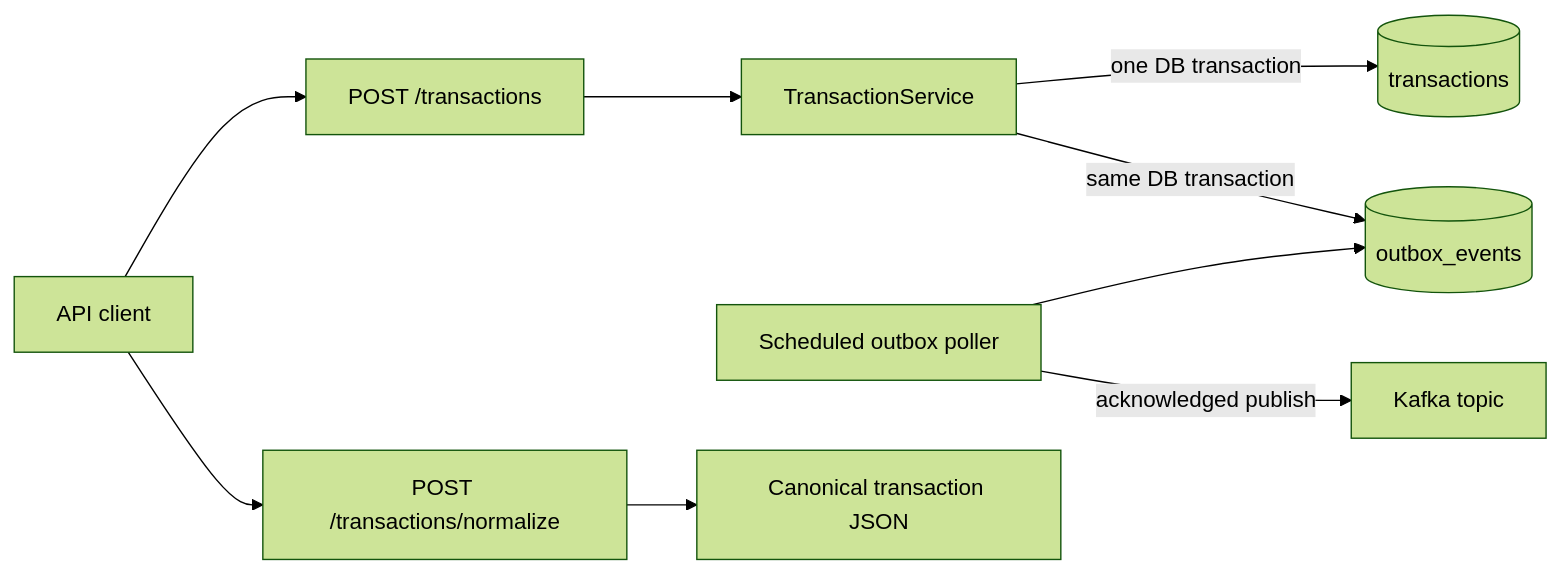
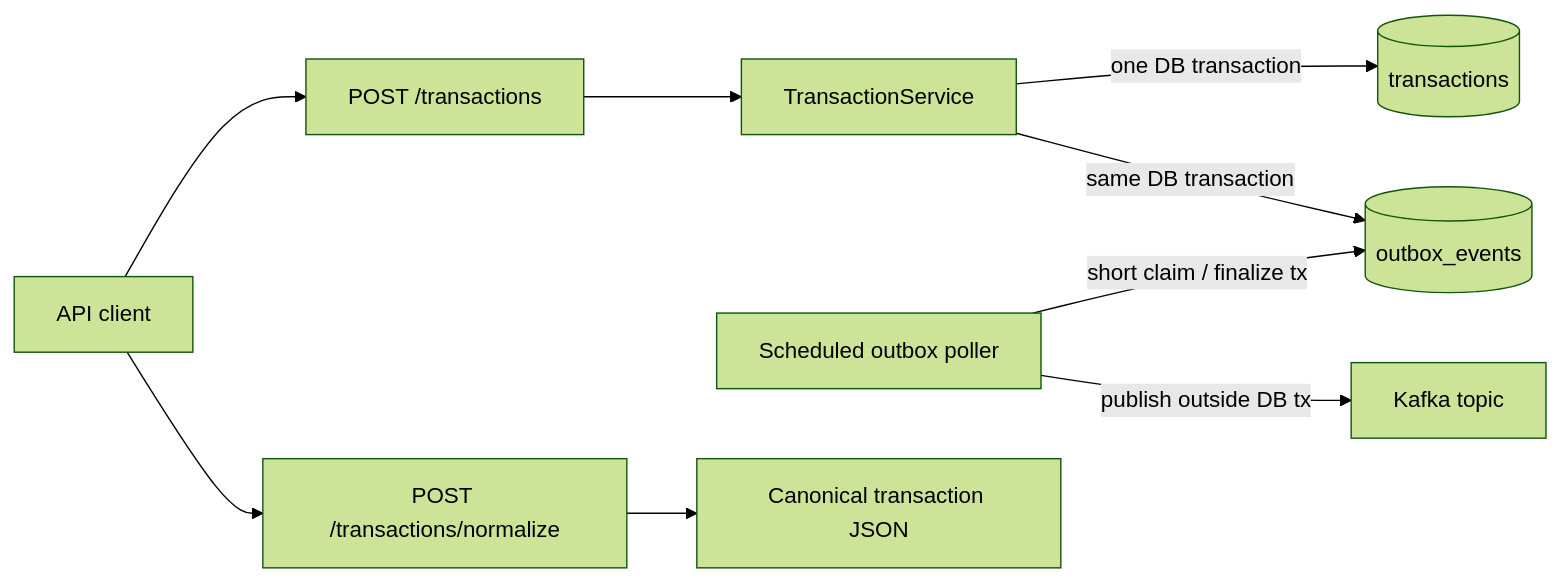
Before and after one commit to tarunngusain08/transaction-outbox-service: the diagram in README.md, drawn with Mermaid (forest theme). The commit also changed other lines of this file and 62 other files, not shown here.

````diff
--- a/README.md
+++ b/README.md
@@ -9,11 +9,11 @@
 ```mermaid
 flowchart LR
     client["API client"] --> create["POST /transactions"]
     create --> tx["TransactionService"]
     tx -->|"one DB transaction"| records[("transactions")]
     tx -->|"same DB transaction"| outbox[("outbox_events")]
-    poller["Scheduled outbox poller"] --> outbox
-    poller -->|"acknowledged publish"| kafka["Kafka topic"]
+    poller["Scheduled outbox poller"] -->|"short claim / finalize tx"| outbox
+    poller -->|"publish outside DB tx"| kafka["Kafka topic"]
     client --> normalize["POST /transactions/normalize"]
     normalize --> canonical["Canonical transaction JSON"]
 ```
````
